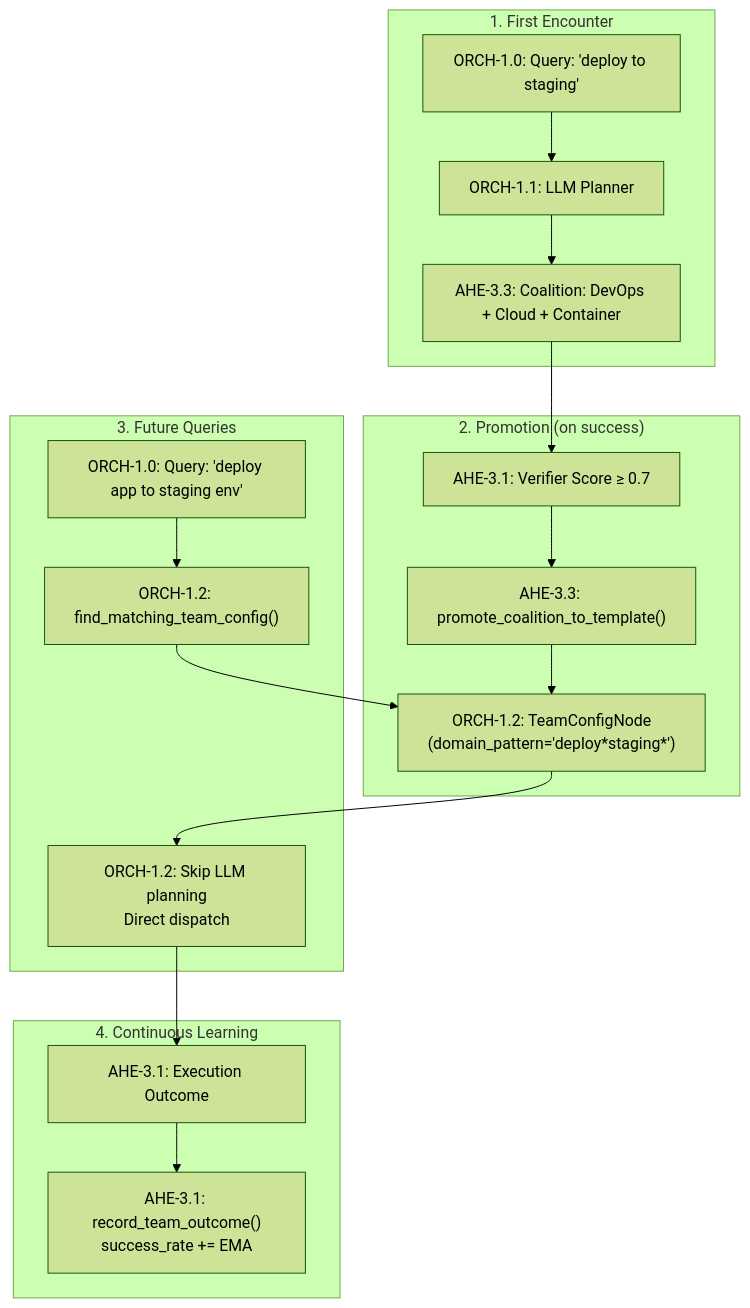
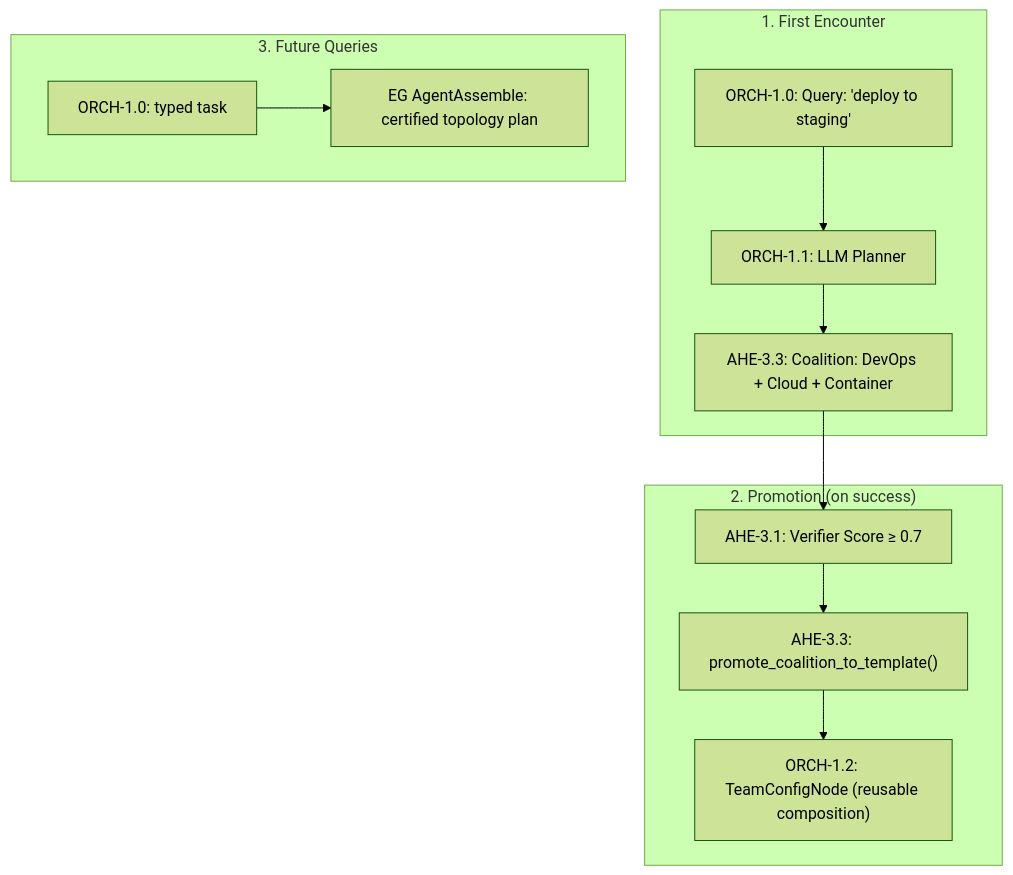
One commit to Knuckles-Team/agent-utilities changed the third of 3 diagrams in docs/guides/first-principles.md. Above: the diagram before and after it, drawn with Mermaid (forest theme). The commit also changed other lines of this file and 7 other files, not shown here.

First line of the commit message:
docs: ST-7 remove every reference to the deleted TeamConfig/topology success-rate API

````diff
--- a/docs/guides/first-principles.md
+++ b/docs/guides/first-principles.md
@@ -130,24 +130,17 @@
 ```mermaid
 graph TD
     subgraph Discovery ["1. First Encounter"]
         Q1["ORCH-1.0: Query: 'deploy to staging'"] --> LLM["ORCH-1.1: LLM Planner"]
         LLM --> Coalition["AHE-3.3: Coalition: DevOps + Cloud + Container"]
     end
 
     subgraph Promotion ["2. Promotion (on success)"]
         Coalition --> Verify["AHE-3.1: Verifier Score ≥ 0.7"]
         Verify --> Promote["AHE-3.3: promote_coalition_to_template()"]
-        Promote --> TC["ORCH-1.2: TeamConfigNode\n(domain_pattern='deploy*staging*')"]
+        Promote --> TC["ORCH-1.2: TeamConfigNode (reusable composition)"]
     end
 
-    subgraph Reuse ["3. Future Queries"]
-        Q2["ORCH-1.0: Query: 'deploy app to staging env'"] --> Match["ORCH-1.2: find_matching_team_config()"]
-        Match --> TC
-        TC --> Bypass["ORCH-1.2: Skip LLM planning\nDirect dispatch"]
-    end
-
-    subgraph Learning ["4. Continuous Learning"]
-        Bypass --> Outcome["AHE-3.1: Execution Outcome"]
-        Outcome --> Reward["AHE-3.1: record_team_outcome()\nsuccess_rate += EMA"]
+    subgraph Decide ["3. Future Queries"]
+        Q2["ORCH-1.0: typed task"] --> Plan["EG AgentAssemble: certified topology plan"]
     end
 ```
````
